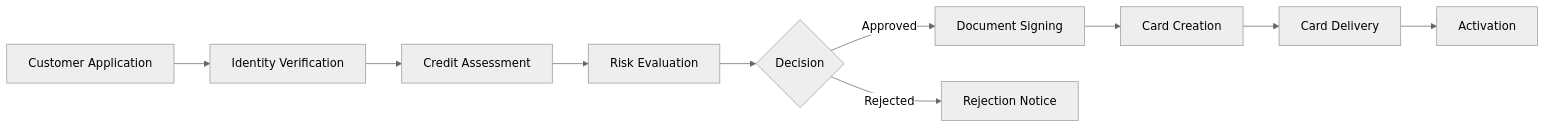
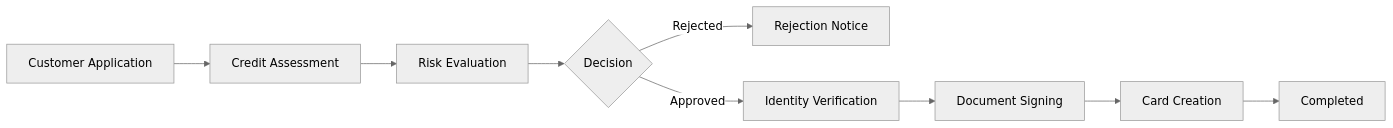
One commit to truonghoangnordiska/docs changed the diagram in card/onboarding.mdx. Above: the diagram before and after it, drawn with Mermaid (neutral theme). The commit also changed other lines of this file, not shown here.

````diff
--- a/card/onboarding.mdx
+++ b/card/onboarding.mdx
@@ -20,12 +20,11 @@
 ```mermaid
 graph LR
-    A["Customer Application"] --> B["Identity Verification"]
-    B --> C["Credit Assessment"]
-    C --> D["Risk Evaluation"]
-    D --> E{Decision}
-    E -->|Approved| F["Document Signing"]
-    E -->|Rejected| G["Rejection Notice"]
-    F --> H["Card Creation"]
-    H --> I["Card Delivery"]
-    I --> J["Activation"]
+    A["Customer Application"] --> B["Credit Assessment"]
+    B --> C["Risk Evaluation"]
+    C --> D{Decision}
+    D -->|Rejected| E["Rejection Notice"]
+    D -->|Approved| F["Identity Verification"]
+    F --> G["Document Signing"]
+    G --> H["Card Creation"]
+    H --> I["Completed"]
 ```
````
